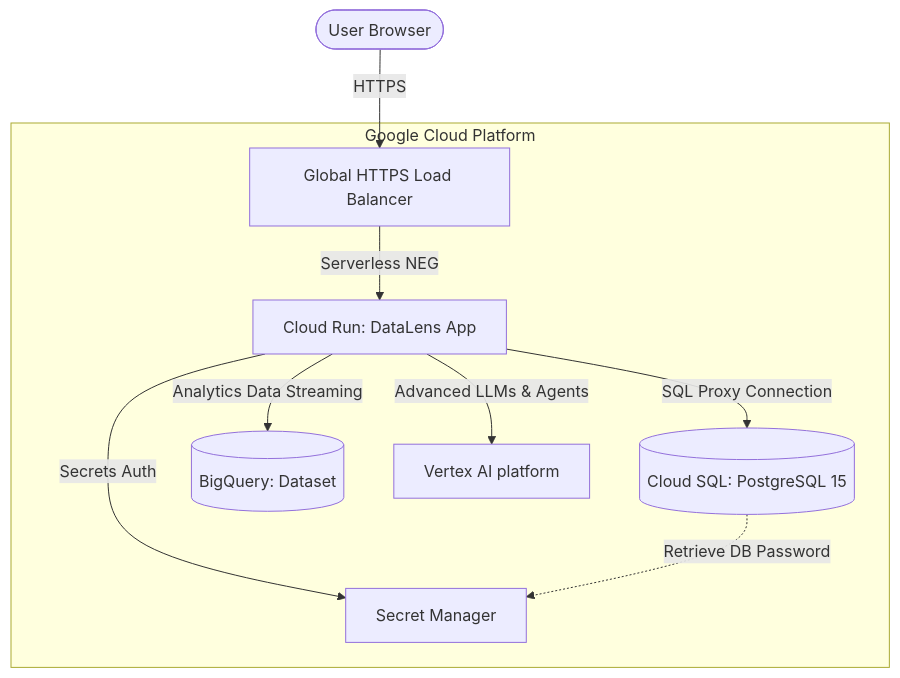
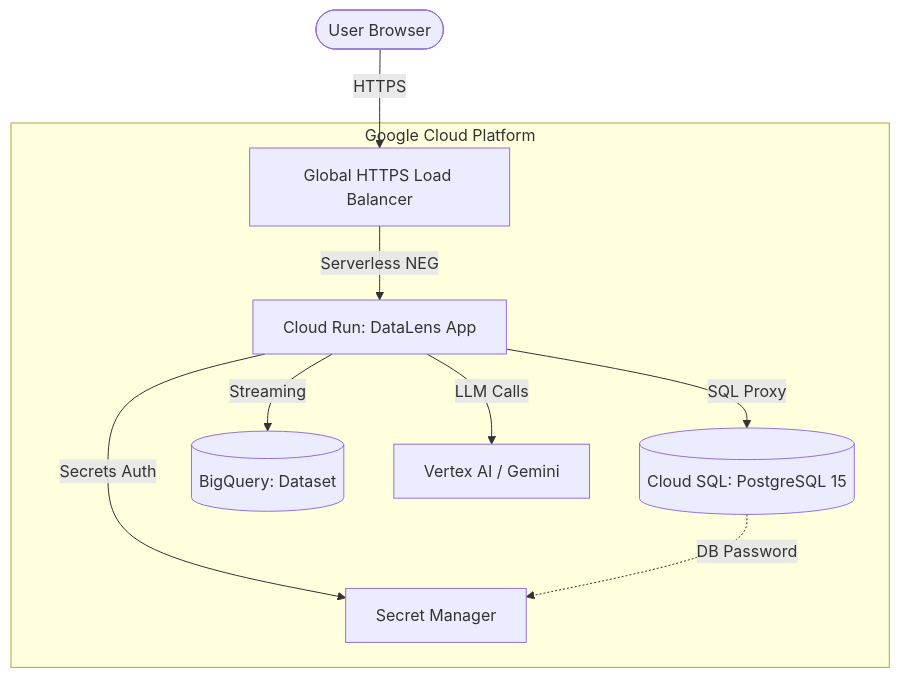
One commit to MD-NAVED/Analyst.AI changed the diagram in README.md. Above: the diagram before and after it, drawn with Mermaid. The commit also changed other lines of this file, not shown here.

Commit message:
docs: complete README overhaul - all features, tech stack, walkthrough, GCP architecture table

````diff
--- a/README.md
+++ b/README.md
@@ -75,12 +157,12 @@
 ```mermaid
 graph TD
     User([User Browser]) -->|HTTPS| LB[Global HTTPS Load Balancer]
     subgraph GCP_Cloud ["Google Cloud Platform"]
         LB -->|Serverless NEG| CR[Cloud Run: DataLens App]
         CR -->|Secrets Auth| SM[Secret Manager]
-        CR -->|SQL Proxy Connection| SQL[(Cloud SQL: PostgreSQL 15)]
-        CR -->|Analytics Data Streaming| BQ[(BigQuery: Dataset)]
-        CR -->|Advanced LLMs & Agents| Vertex[Vertex AI platform]
-        SQL -.->|Retrieve DB Password| SM
+        CR -->|SQL Proxy| SQL[(Cloud SQL: PostgreSQL 15)]
+        CR -->|Streaming| BQ[(BigQuery: Dataset)]
+        CR -->|LLM Calls| Vertex[Vertex AI / Gemini]
+        SQL -.->|DB Password| SM
     end
 ```
````
